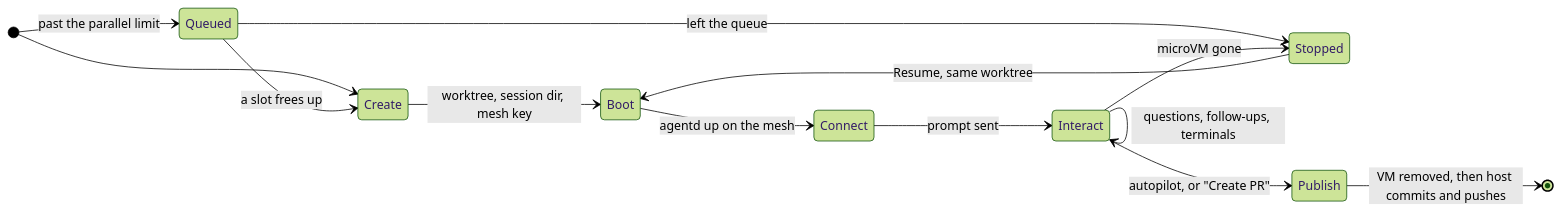
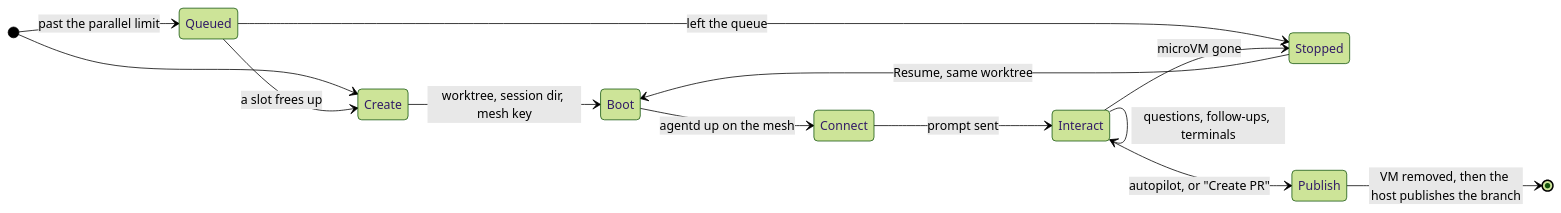
One commit to Colonizer-dev/harness changed the second of 2 diagrams in docs/architecture.md. Above: the diagram before and after it, drawn with Mermaid (forest theme). The commit also changed other lines of this file and 8 other files, not shown here.

````diff
--- a/docs/architecture.md
+++ b/docs/architecture.md
@@ -78,16 +78,16 @@
 ```mermaid
 stateDiagram-v2
   direction LR
   [*] --> Queued: past the parallel limit
   [*] --> Create
   Queued --> Create: a slot frees up
   Queued --> Stopped: left the queue
   Create --> Boot: worktree, session dir, mesh key
   Boot --> Connect: agentd up on the mesh
   Connect --> Interact: prompt sent
   Interact --> Interact: questions, follow-ups, terminals
   Interact --> Publish: autopilot, or "Create PR"
   Interact --> Stopped: microVM gone
   Stopped --> Boot: Resume, same worktree
-  Publish --> [*]: VM removed, then host commits and pushes
+  Publish --> [*]: VM removed, then the host publishes the branch
 ```
````
